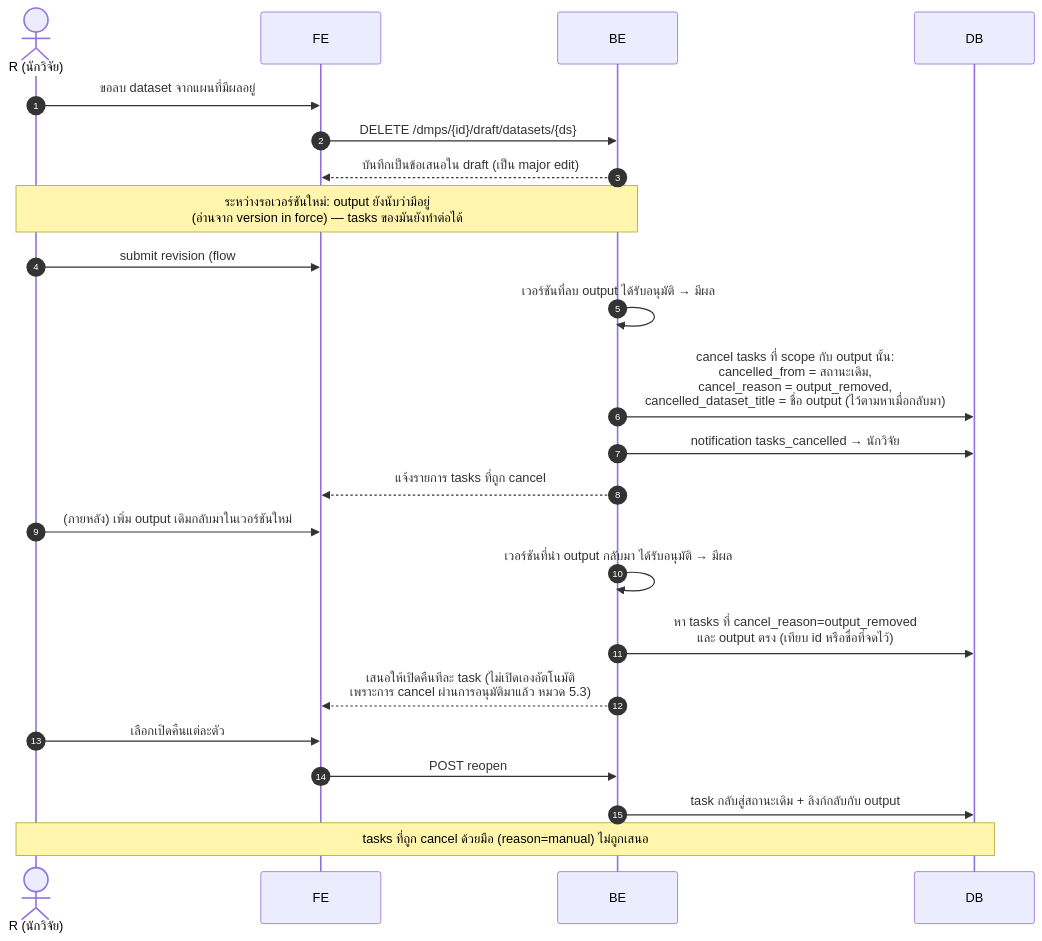
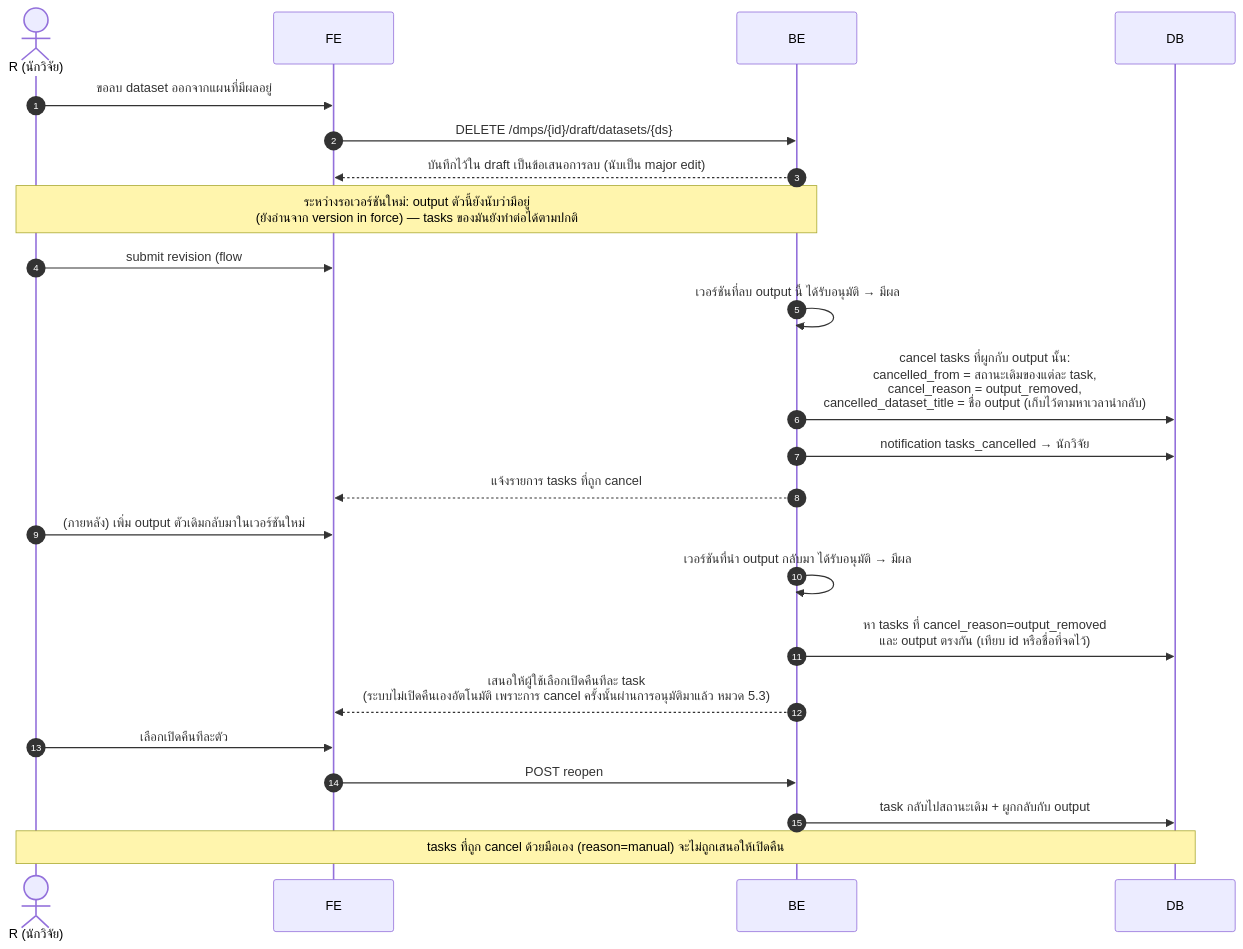
Diagram 11 of 14 in docs/architecture/sequence-diagrams.md (Open-Science-and-Data-management/Backend), drawn with Mermaid before and after one commit. The commit also changed other lines of this file and 15 other files, not shown here.

````diff
--- a/docs/architecture/sequence-diagrams.md
+++ b/docs/architecture/sequence-diagrams.md
@@ -383,27 +420,27 @@
 ```mermaid
 sequenceDiagram
     autonumber
     actor R as R (นักวิจัย)
     participant FE as FE
     participant BE as BE
     participant DB as DB
 
-    R->>FE: ขอลบ dataset จากแผนที่มีผลอยู่
+    R->>FE: ขอลบ dataset ออกจากแผนที่มีผลอยู่
     FE->>BE: DELETE /dmps/{id}/draft/datasets/{ds}
-    BE-->>FE: บันทึกเป็นข้อเสนอใน draft (เป็น major edit)
-    Note over R,BE: ระหว่างรอเวอร์ชันใหม่: output ยังนับว่ามีอยู่<br/>(อ่านจาก version in force) — tasks ของมันยังทำต่อได้
+    BE-->>FE: บันทึกไว้ใน draft เป็นข้อเสนอการลบ (นับเป็น major edit)
+    Note over R,BE: ระหว่างรอเวอร์ชันใหม่: output ตัวนี้ยังนับว่ามีอยู่<br/>(ยังอ่านจาก version in force) — tasks ของมันยังทำต่อได้ตามปกติ
     R->>FE: submit revision (flow #9)
-    BE->>BE: เวอร์ชันที่ลบ output ได้รับอนุมัติ → มีผล
-    BE->>DB: cancel tasks ที่ scope กับ output นั้น:<br/>cancelled_from = สถานะเดิม,<br/>cancel_reason = output_removed,<br/>cancelled_dataset_title = ชื่อ output (ไว้ตามหาเมื่อกลับมา)
+    BE->>BE: เวอร์ชันที่ลบ output นี้ ได้รับอนุมัติ → มีผล
+    BE->>DB: cancel tasks ที่ผูกกับ output นั้น:<br/>cancelled_from = สถานะเดิมของแต่ละ task,<br/>cancel_reason = output_removed,<br/>cancelled_dataset_title = ชื่อ output (เก็บไว้ตามหาเวลานำกลับ)
     BE->>DB: notification tasks_cancelled → นักวิจัย
     BE-->>FE: แจ้งรายการ tasks ที่ถูก cancel
 
-    R->>FE: (ภายหลัง) เพิ่ม output เดิมกลับมาในเวอร์ชันใหม่
+    R->>FE: (ภายหลัง) เพิ่ม output ตัวเดิมกลับมาในเวอร์ชันใหม่
     BE->>BE: เวอร์ชันที่นำ output กลับมา ได้รับอนุมัติ → มีผล
-    BE->>DB: หา tasks ที่ cancel_reason=output_removed<br/>และ output ตรง (เทียบ id หรือชื่อที่จดไว้)
-    BE-->>FE: เสนอให้เปิดคืนทีละ task (ไม่เปิดเองอัตโนมัติ<br/>เพราะการ cancel ผ่านการอนุมัติมาแล้ว หมวด 5.3)
-    R->>FE: เลือกเปิดคืนแต่ละตัว
+    BE->>DB: หา tasks ที่ cancel_reason=output_removed<br/>และ output ตรงกัน (เทียบ id หรือชื่อที่จดไว้)
+    BE-->>FE: เสนอให้ผู้ใช้เลือกเปิดคืนทีละ task<br/>(ระบบไม่เปิดคืนเองอัตโนมัติ เพราะการ cancel ครั้งนั้นผ่านการอนุมัติมาแล้ว หมวด 5.3)
+    R->>FE: เลือกเปิดคืนทีละตัว
     FE->>BE: POST reopen
-    BE->>DB: task กลับสู่สถานะเดิม + ลิงก์กลับกับ output
-    Note over R,DB: tasks ที่ถูก cancel ด้วยมือ (reason=manual) ไม่ถูกเสนอ
+    BE->>DB: task กลับไปสถานะเดิม + ผูกกลับกับ output
+    Note over R,DB: tasks ที่ถูก cancel ด้วยมือเอง (reason=manual) จะไม่ถูกเสนอให้เปิดคืน
 ```
````
